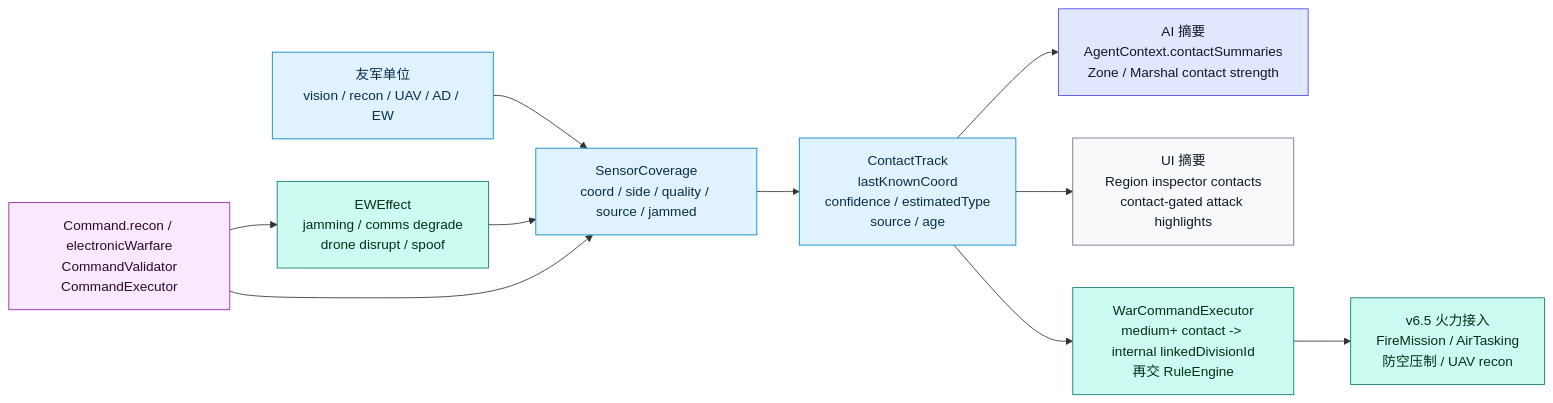
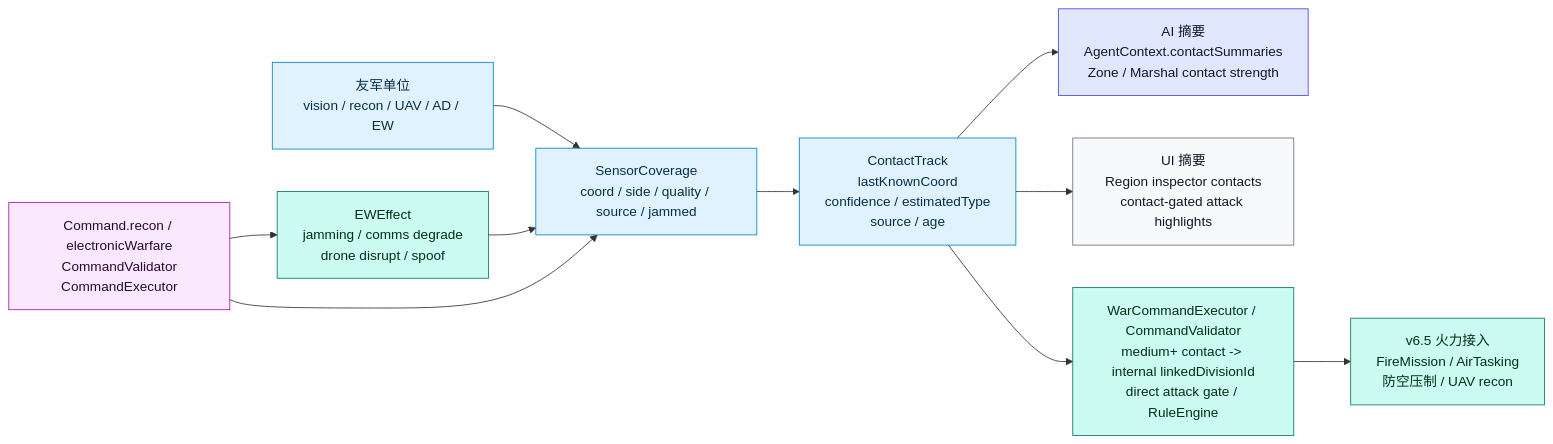
Before and after one commit to Altman-sam114/127: the sixth of 20 diagrams in md/flow/flowchart.md, drawn with Mermaid. The commit also changed other lines of this file and 11 other files, not shown here.

````diff
--- a/md/flow/flowchart.md
+++ b/md/flow/flowchart.md
@@ -172,28 +172,28 @@
 ```mermaid
 flowchart LR
     UNITS["友军单位<br/>vision / recon / UAV / AD / EW"]:::state
     SENSOR["SensorCoverage<br/>coord / side / quality / source / jammed"]:::state
     EW["EWEffect<br/>jamming / comms degrade<br/>drone disrupt / spoof"]:::rules
     CONTACT["ContactTrack<br/>lastKnownCoord<br/>confidence / estimatedType<br/>source / age"]:::state
     CMD["Command.recon / electronicWarfare<br/>CommandValidator<br/>CommandExecutor"]:::command
     AI["AI 摘要<br/>AgentContext.contactSummaries<br/>Zone / Marshal contact strength"]:::agent
     UI["UI 摘要<br/>Region inspector contacts<br/>contact-gated attack highlights"]:::display
-    EXEC["WarCommandExecutor<br/>medium+ contact -> internal linkedDivisionId<br/>再交 RuleEngine"]:::rules
+    EXEC["WarCommandExecutor / CommandValidator<br/>medium+ contact -> internal linkedDivisionId<br/>direct attack gate / RuleEngine"]:::rules
     FIRES["v6.5 火力接入<br/>FireMission / AirTasking<br/>防空压制 / UAV recon"]:::rules
 
     UNITS --> SENSOR --> CONTACT
     EW --> SENSOR
     CMD --> SENSOR
     CMD --> EW
     CONTACT --> AI
     CONTACT --> UI
     CONTACT --> EXEC
     EXEC --> FIRES
 
     classDef state fill:#e0f2fe,stroke:#0284c7,color:#082f49
     classDef rules fill:#ccfbf1,stroke:#0f766e,color:#052e16
     classDef command fill:#fae8ff,stroke:#a21caf,color:#2a0a2f
     classDef agent fill:#e0e7ff,stroke:#4f46e5,color:#111827
     classDef display fill:#f8f9fb,stroke:#6b7280,color:#111827
     classDef risk fill:#fee2e2,stroke:#b91c1c,color:#111827
 ```
````
